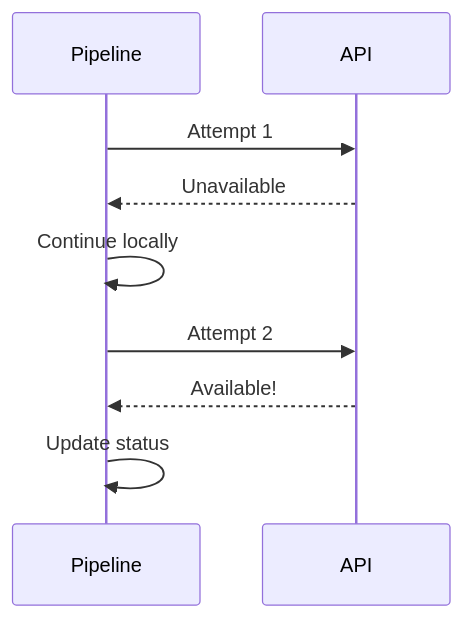
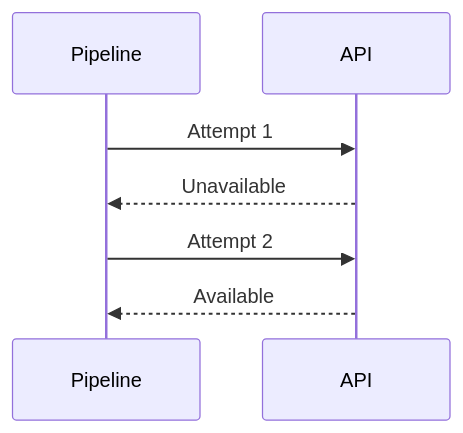
Before and after one commit to wisrovi/wpipe: the second of 5 diagrams in examples/api_pipeline/20_reconnection/README.md, drawn with Mermaid. The commit also changed other lines of this file and 20 other files, not shown here.

First line of the commit message:
Simplify Mermaid diagrams for better rendering

````diff
--- a/examples/api_pipeline/20_reconnection/README.md
+++ b/examples/api_pipeline/20_reconnection/README.md
@@ -24,12 +23,10 @@
 ```mermaid
 sequenceDiagram
-    participant Pipeline
-    participant API
+    participant P as Pipeline
+    participant A as API
     
-    Pipeline->>API: Attempt 1
-    API-->>Pipeline: Unavailable
-    Pipeline->>Pipeline: Continue locally
-    Pipeline->>API: Attempt 2
-    API-->>Pipeline: Available!
-    Pipeline->>Pipeline: Update status
+    P->>A: Attempt 1
+    A-->>P: Unavailable
+    P->>A: Attempt 2
+    A-->>P: Available
 ```
````
